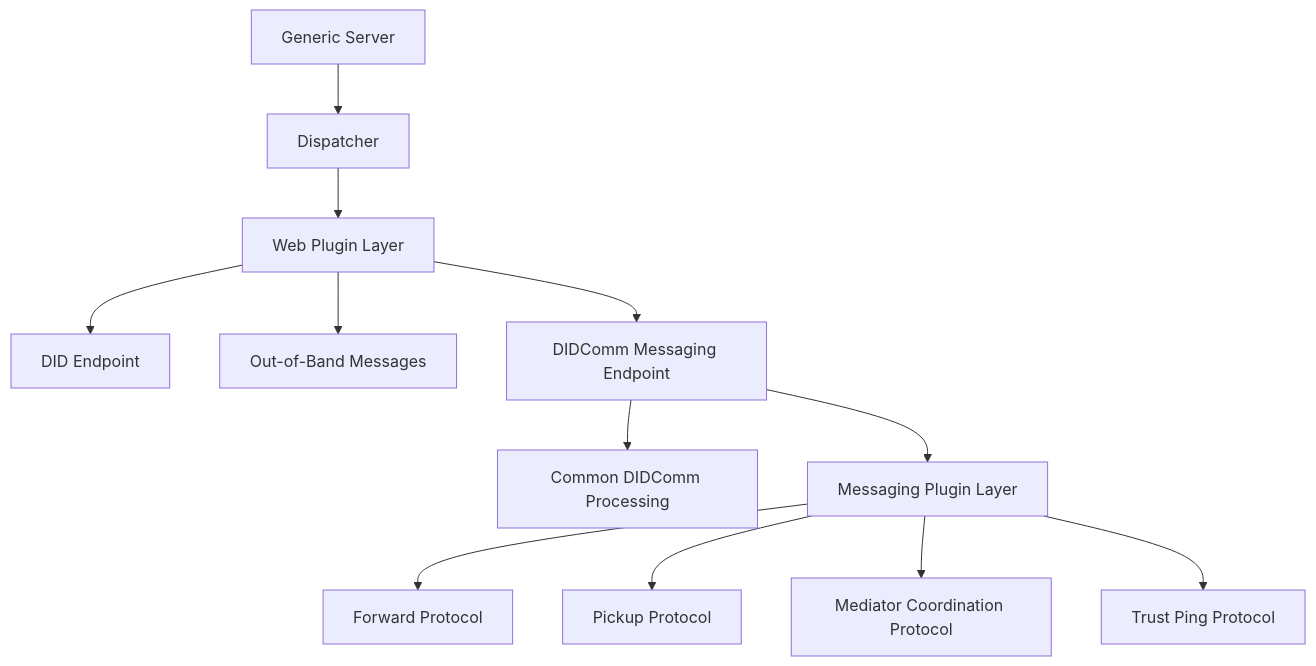
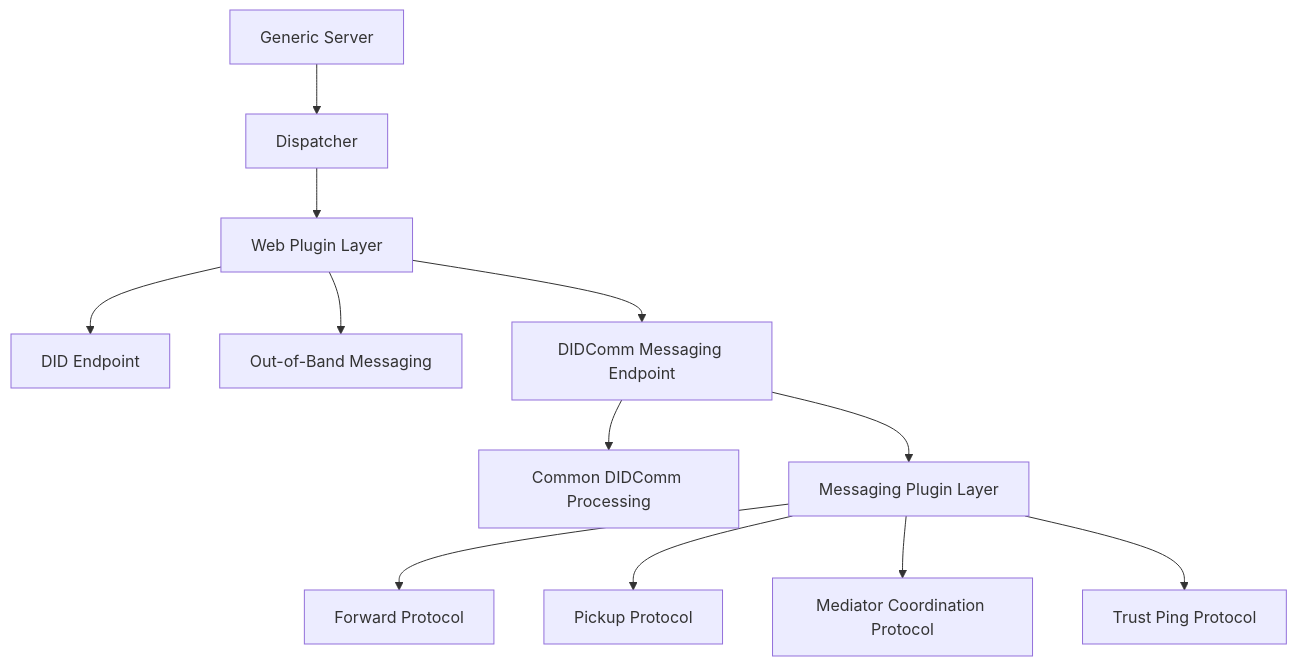
The second of 5 diagrams in docs/arc42.md (adorsys/didcomm-mediator-rs), drawn with Mermaid before and after one commit. The commit also changed other lines of this file, not shown here.

Commit message:
updated architecture document

````diff
--- a/docs/arc42.md
+++ b/docs/arc42.md
@@ -144,14 +127,14 @@
 ```mermaid
 graph TD
     GenericServer[Generic Server] --> Dispatcher[Dispatcher]
     Dispatcher --> WebPluginLayer[Web Plugin Layer]
     WebPluginLayer --> DIDEndpoint[DID Endpoint]
-    WebPluginLayer --> OOBMessaging[Out-of-Band Messages]
+    WebPluginLayer --> OOBMessaging[Out-of-Band Messaging]
     WebPluginLayer --> DIDCommMessaging[DIDComm Messaging Endpoint]
     DIDCommMessaging --> CommonProcessing[Common DIDComm Processing]
     DIDCommMessaging --> MessagingPlugins[Messaging Plugin Layer]
     MessagingPlugins --> Forward[Forward Protocol]
     MessagingPlugins --> Pickup[Pickup Protocol]
     MessagingPlugins --> Coordination[Mediator Coordination Protocol]
     MessagingPlugins --> Trustping[Trust Ping Protocol]
 ```
````
